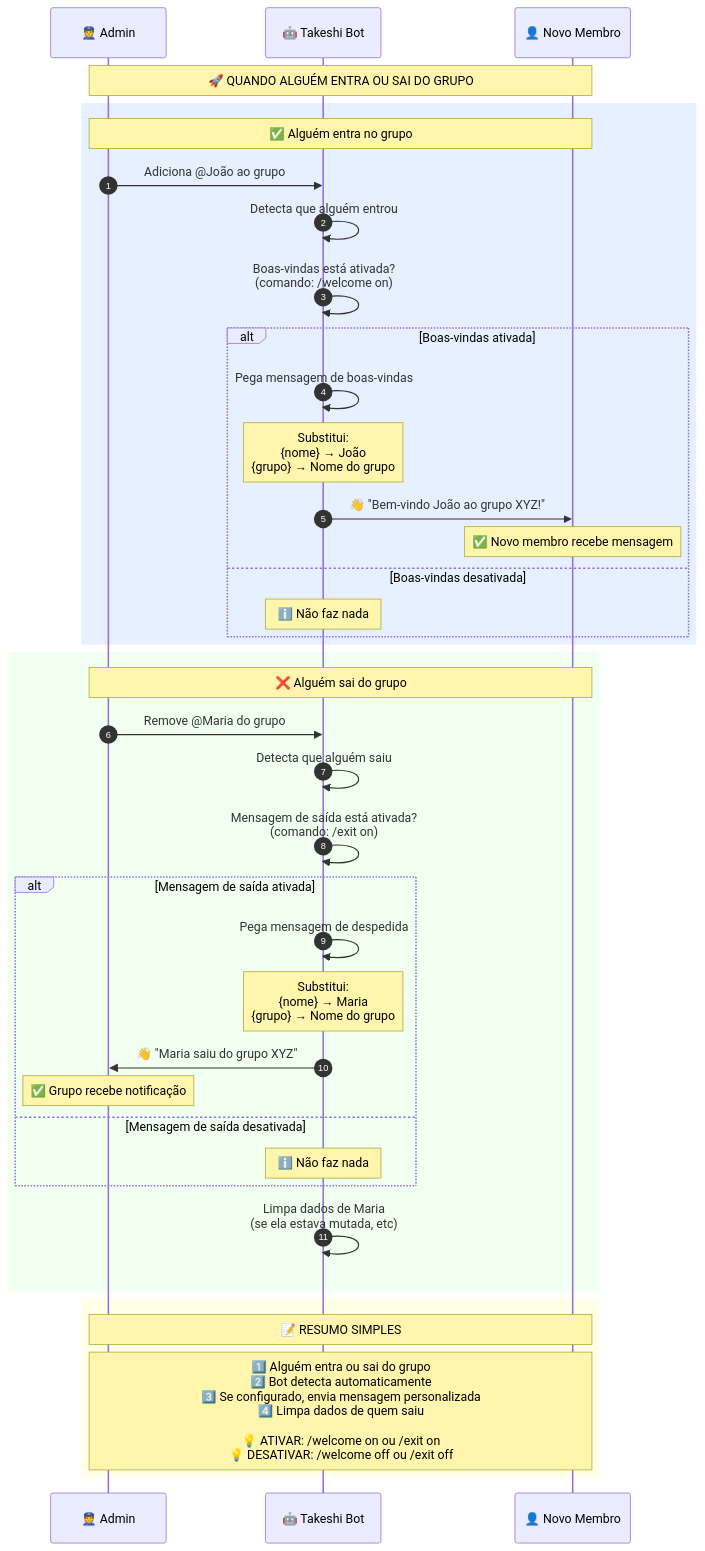
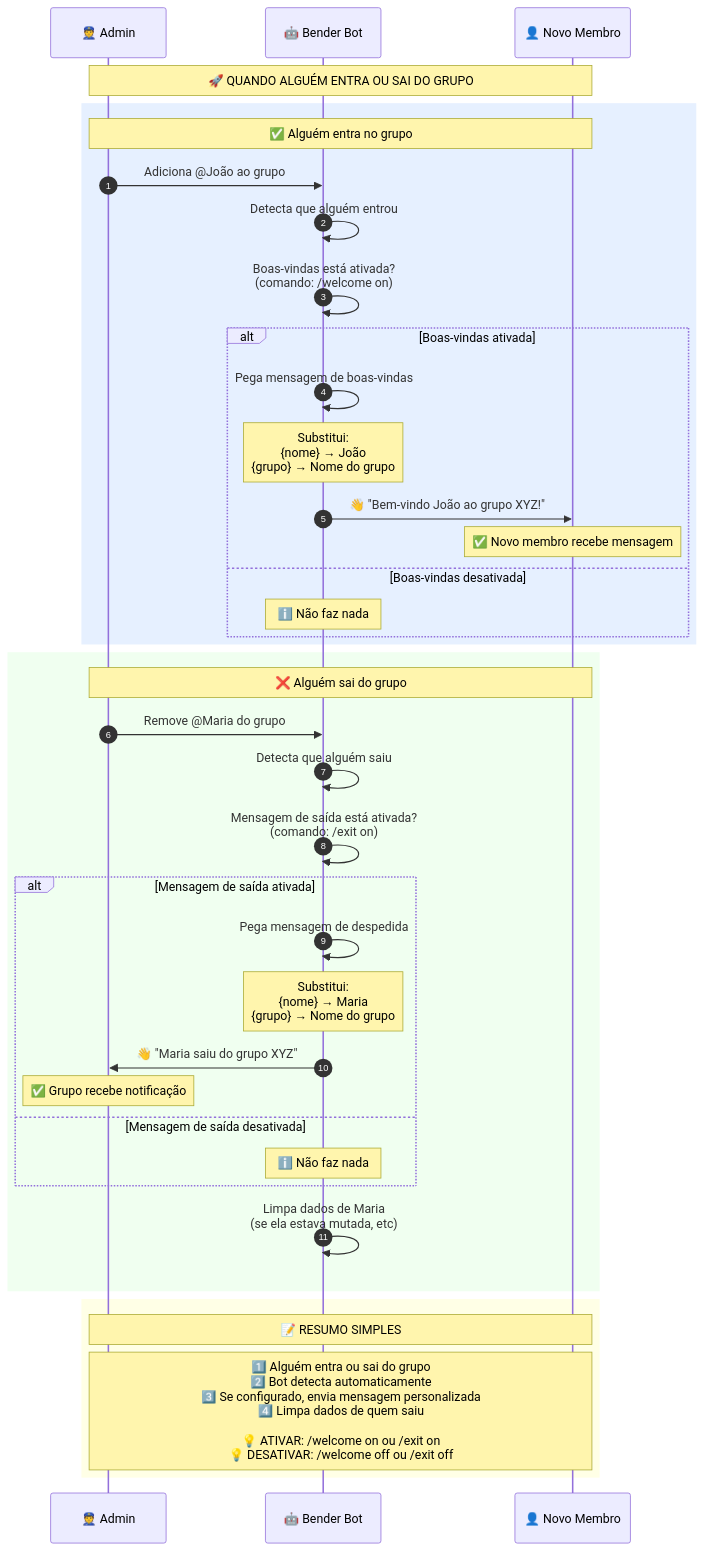
The diagram in diagrams/3-participant-lifecycle.mermaid (AtaliasOliveira1/bender-bot), drawn with Mermaid before and after one commit. The commit also changed 34 other files, not shown here.

```diff
--- a/diagrams/3-participant-lifecycle.mermaid
+++ b/diagrams/3-participant-lifecycle.mermaid
@@ -1,53 +1,53 @@
 sequenceDiagram
     autonumber
     participant Admin as 👮 Admin
-    participant Bot as 🤖 Takeshi Bot
+    participant Bot as 🤖 Bender Bot
     participant User as 👤 Novo Membro
 
     Note over Admin,User: 🚀 QUANDO ALGUÉM ENTRA OU SAI DO GRUPO
 
     %% ========== ALGUÉM ENTRA ==========
     rect rgb(230, 240, 255)
         Note over Admin,User: ✅ Alguém entra no grupo
         
         Admin->>Bot: Adiciona @João ao grupo
         Bot->>Bot: Detecta que alguém entrou
         
         Bot->>Bot: Boas-vindas está ativada?<br/>(comando: /welcome on)
         
         alt Boas-vindas ativada
             Bot->>Bot: Pega mensagem de boas-vindas
             Note over Bot: Substitui:<br/>{nome} → João<br/>{grupo} → Nome do grupo
             Bot->>User: 👋 "Bem-vindo João ao grupo XYZ!"
             Note over User: ✅ Novo membro recebe mensagem
         else Boas-vindas desativada
             Note over Bot: ℹ️ Não faz nada
         end
     end
 
     %% ========== ALGUÉM SAI ==========
     rect rgb(240, 255, 240)
         Note over Admin,User: ❌ Alguém sai do grupo
         
         Admin->>Bot: Remove @Maria do grupo
         Bot->>Bot: Detecta que alguém saiu
         
         Bot->>Bot: Mensagem de saída está ativada?<br/>(comando: /exit on)
         
         alt Mensagem de saída ativada
             Bot->>Bot: Pega mensagem de despedida
             Note over Bot: Substitui:<br/>{nome} → Maria<br/>{grupo} → Nome do grupo
             Bot->>Admin: 👋 "Maria saiu do grupo XYZ"
             Note over Admin: ✅ Grupo recebe notificação
         else Mensagem de saída desativada
             Note over Bot: ℹ️ Não faz nada
         end
         
         Bot->>Bot: Limpa dados de Maria<br/>(se ela estava mutada, etc)
     end
 
     %% ========== RESUMO ==========
     rect rgb(255, 255, 230)
         Note over Admin,User: 📝 RESUMO SIMPLES
         Note over Admin,User: 1️⃣ Alguém entra ou sai do grupo<br/>2️⃣ Bot detecta automaticamente<br/>3️⃣ Se configurado, envia mensagem personalizada<br/>4️⃣ Limpa dados de quem saiu<br/><br/>💡 ATIVAR: /welcome on ou /exit on<br/>💡 DESATIVAR: /welcome off ou /exit off
     end
```
